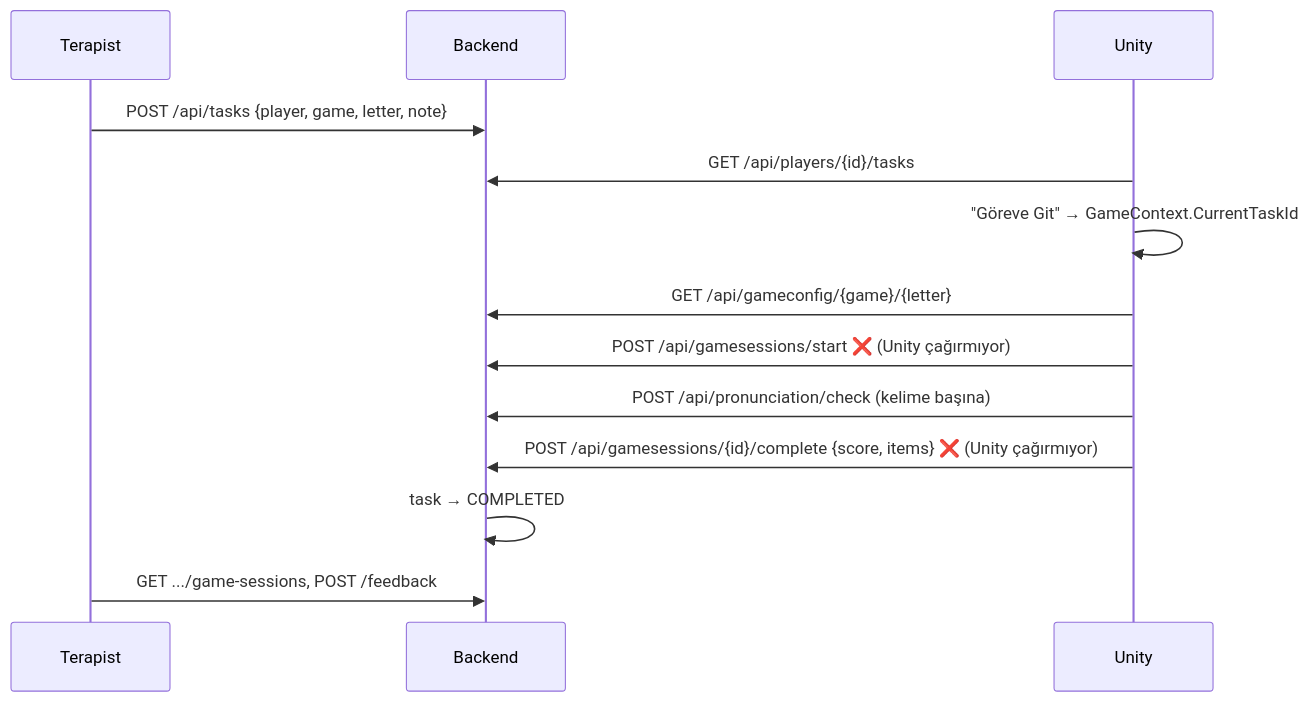
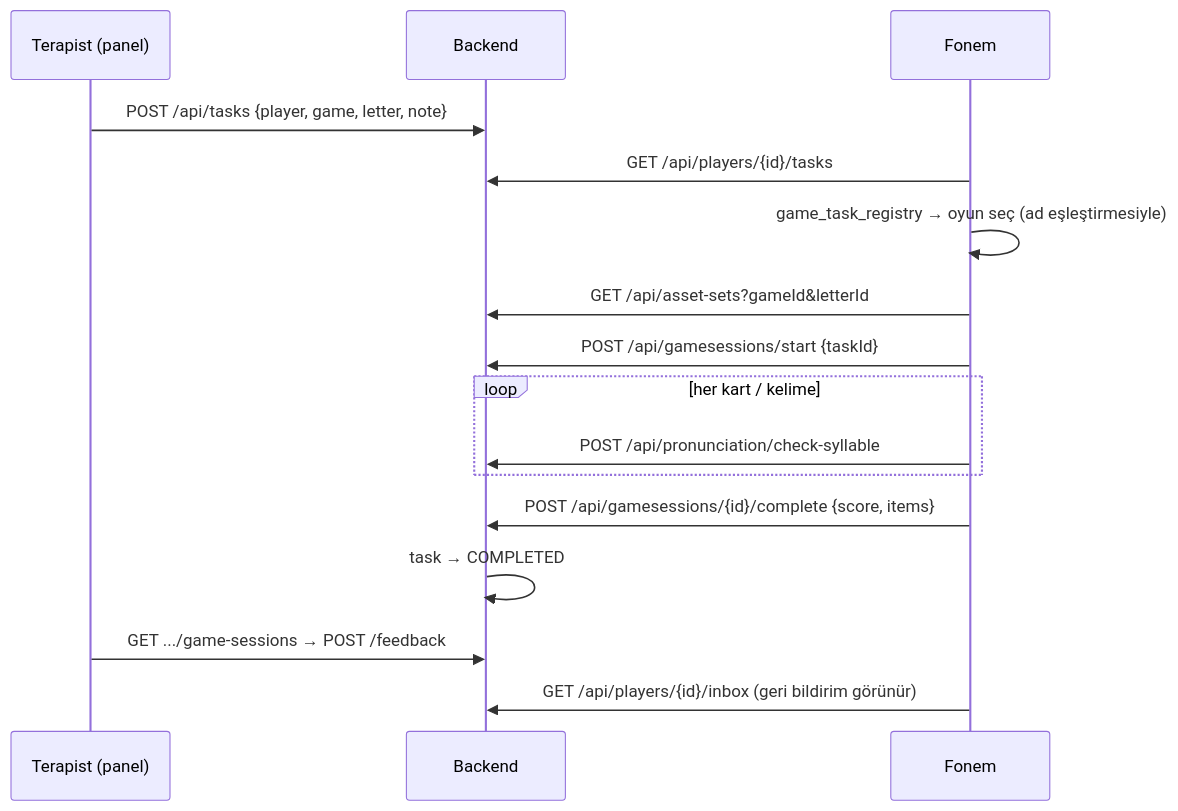
Before and after one commit to bitirmesel/GraduationProject: the sixth of 6 diagrams in ARCHITECTURE.md, drawn with Mermaid. The commit also changed other lines of this file and 1 other file, not shown here.

First line of the commit message:
Docs: Fonem ve terapist paneli mimariye eklendi, yol haritası yeniden düzenlendi (#2)

````diff
--- a/ARCHITECTURE.md
+++ b/ARCHITECTURE.md
@@ -475,15 +497,18 @@
 ```mermaid
 sequenceDiagram
-    participant T as Terapist
+    participant T as Terapist (panel)
     participant API as Backend
-    participant U as Unity
+    participant C as Fonem
     T->>API: POST /api/tasks {player, game, letter, note}
-    U->>API: GET /api/players/{id}/tasks
-    U->>U: "Göreve Git" → GameContext.CurrentTaskId
-    U->>API: GET /api/gameconfig/{game}/{letter}
-    U->>API: POST /api/gamesessions/start  ❌ (Unity çağırmıyor)
-    U->>API: POST /api/pronunciation/check (kelime başına)
-    U->>API: POST /api/gamesessions/{id}/complete {score, items}  ❌ (Unity çağırmıyor)
+    C->>API: GET /api/players/{id}/tasks
+    C->>C: game_task_registry → oyun seç (ad eşleştirmesiyle)
+    C->>API: GET /api/asset-sets?gameId&letterId
+    C->>API: POST /api/gamesessions/start {taskId}
+    loop her kart / kelime
+        C->>API: POST /api/pronunciation/check-syllable
+    end
+    C->>API: POST /api/gamesessions/{id}/complete {score, items}
     API->>API: task → COMPLETED
-    T->>API: GET .../game-sessions, POST /feedback
+    T->>API: GET .../game-sessions → POST /feedback
+    C->>API: GET /api/players/{id}/inbox (geri bildirim görünür)
 ```
````
